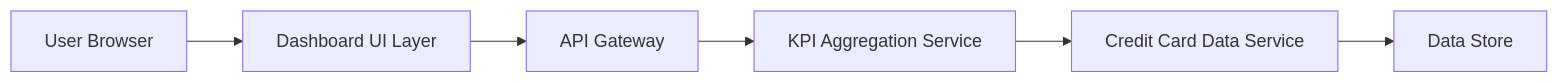
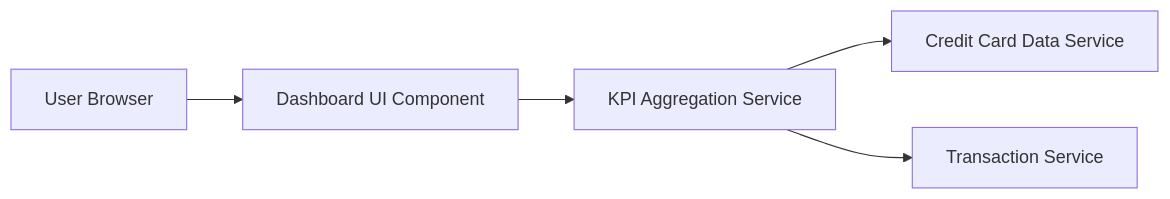
Before and after one commit to AAVA-Demo/APB_Demo: the diagram in HLD/QE-7734_HLD.md, drawn with Mermaid. The commit also changed other lines of this file and 5 other files, not shown here.

````diff
--- a/HLD/QE-7734_HLD.md
+++ b/HLD/QE-7734_HLD.md
@@ -7,14 +6,12 @@
 ```mermaid
 flowchart LR
     A["User Browser"]
-    B["Dashboard UI Layer"]
-    C["API Gateway"]
-    D["KPI Aggregation Service"]
-    E["Credit Card Data Service"]
-    F["Data Store"]
+    B["Dashboard UI Component"]
+    C["KPI Aggregation Service"]
+    D["Credit Card Data Service"]
+    E["Transaction Service"]
     A --> B
     B --> C
     C --> D
-    D --> E
-    E --> F
+    C --> E
 ```
````
